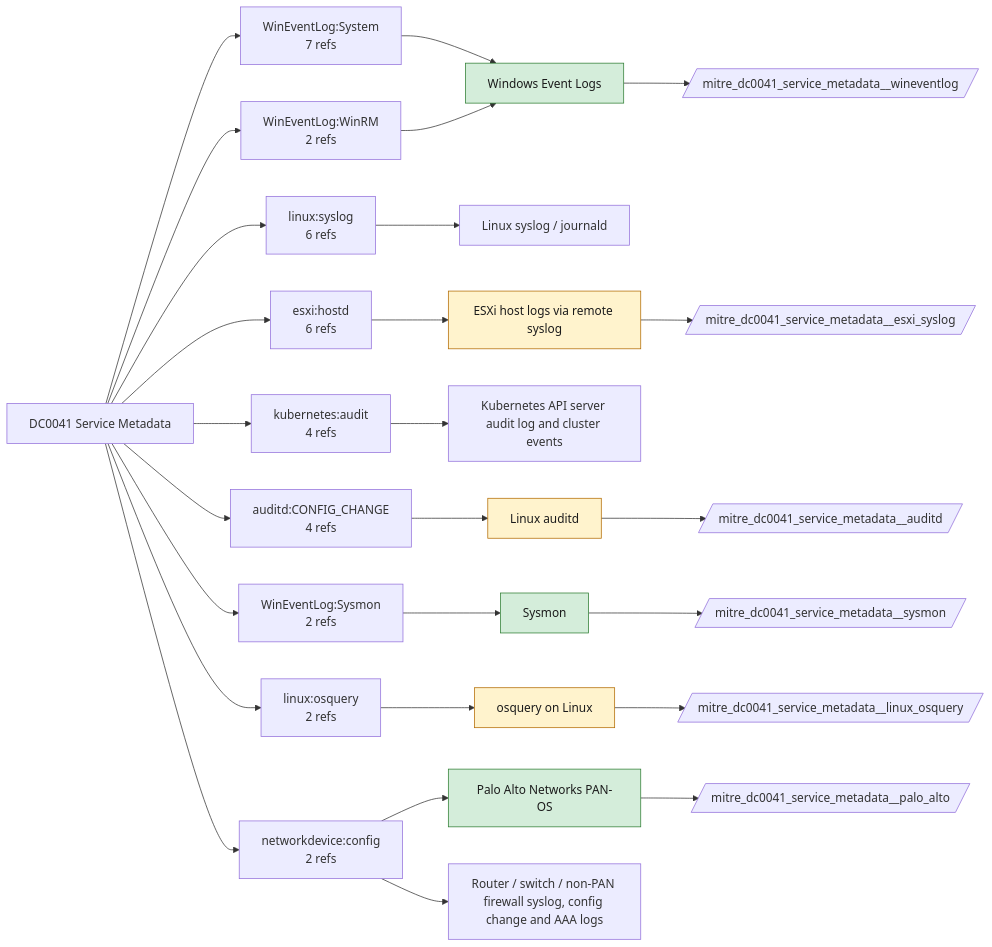
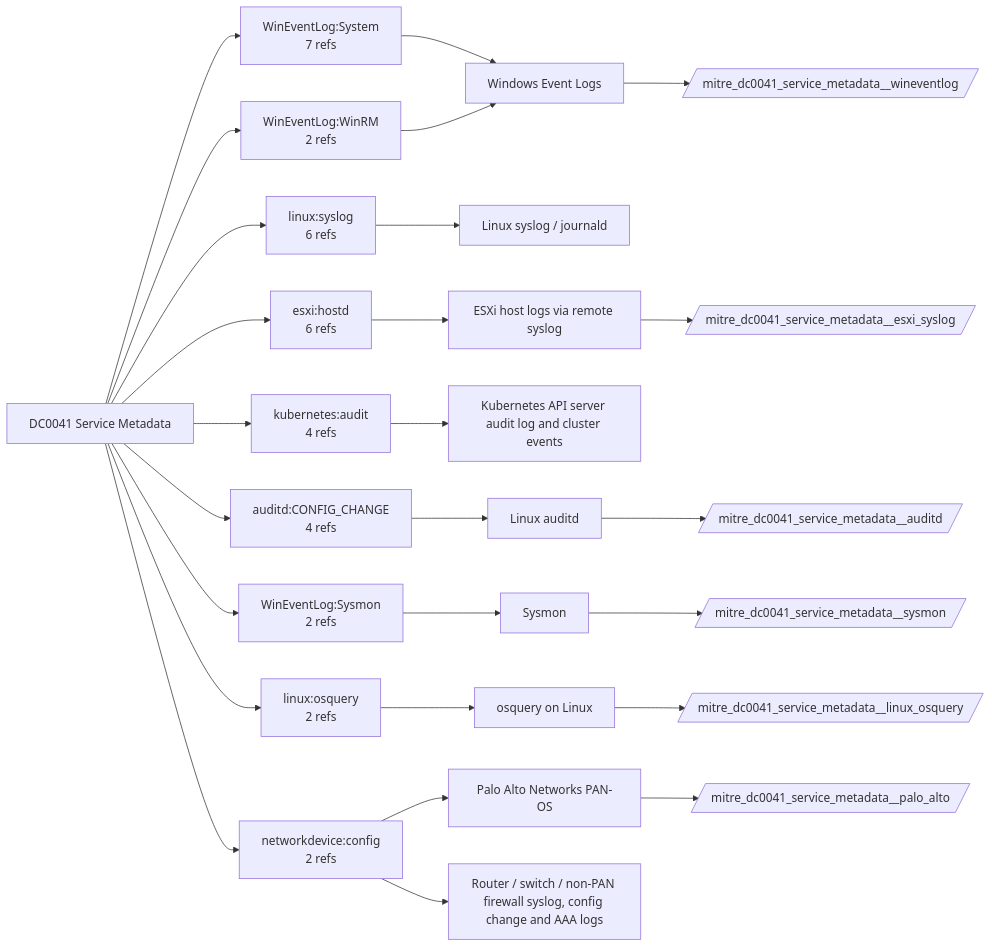
The diagram in docs/data-components/DC0041-service-metadata.md (dev-nobytes-io/mitre-defensive-mappings-spl), drawn with Mermaid before and after one commit. The commit also changed other lines of this file and 366 other files, not shown here.

````diff
--- a/docs/data-components/DC0041-service-metadata.md
+++ b/docs/data-components/DC0041-service-metadata.md
@@ -19,46 +19,38 @@
 ```mermaid
 flowchart LR
   DC["DC0041 Service Metadata"]
   DC --> LS0["WinEventLog:System<br/>7 refs"]
   F_wineventlog["Windows Event Logs"]
   LS0 --> F_wineventlog
   DC --> LS1["linux:syslog<br/>6 refs"]
   F_linux_syslog["Linux syslog / journald"]
   LS1 --> F_linux_syslog
   DC --> LS2["esxi:hostd<br/>6 refs"]
   F_esxi_syslog["ESXi host logs via remote syslog"]
   LS2 --> F_esxi_syslog
   DC --> LS3["kubernetes:audit<br/>4 refs"]
   F_kubernetes_audit["Kubernetes API server audit log and cluster events"]
   LS3 --> F_kubernetes_audit
   DC --> LS4["auditd:CONFIG_CHANGE<br/>4 refs"]
   F_auditd["Linux auditd"]
   LS4 --> F_auditd
   DC --> LS5["WinEventLog:Sysmon<br/>2 refs"]
   F_sysmon["Sysmon"]
   LS5 --> F_sysmon
   DC --> LS6["linux:osquery<br/>2 refs"]
   F_linux_osquery["osquery on Linux"]
   LS6 --> F_linux_osquery
   DC --> LS7["WinEventLog:WinRM<br/>2 refs"]
   LS7 --> F_wineventlog
   DC --> LS8["networkdevice:config<br/>2 refs"]
   F_palo_alto["Palo Alto Networks PAN-OS"]
   LS8 --> F_palo_alto
   F_netdev_syslog["Router / switch / non-PAN firewall syslog, config change and AAA logs"]
   LS8 --> F_netdev_syslog
+  F_auditd --> ET_auditd[/"mitre_dc0041_service_metadata__auditd"/]
+  F_esxi_syslog --> ET_esxi_syslog[/"mitre_dc0041_service_metadata__esxi_syslog"/]
+  F_linux_osquery --> ET_linux_osquery[/"mitre_dc0041_service_metadata__linux_osquery"/]
   F_palo_alto --> ET_palo_alto[/"mitre_dc0041_service_metadata__palo_alto"/]
-  class F_palo_alto live
   F_sysmon --> ET_sysmon[/"mitre_dc0041_service_metadata__sysmon"/]
-  class F_sysmon live
   F_wineventlog --> ET_wineventlog[/"mitre_dc0041_service_metadata__wineventlog"/]
-  class F_wineventlog live
-  F_auditd --> ET_auditd[/"mitre_dc0041_service_metadata__auditd"/]
-  class F_auditd ready
-  F_esxi_syslog --> ET_esxi_syslog[/"mitre_dc0041_service_metadata__esxi_syslog"/]
-  class F_esxi_syslog ready
-  F_linux_osquery --> ET_linux_osquery[/"mitre_dc0041_service_metadata__linux_osquery"/]
-  class F_linux_osquery ready
-  classDef live fill:#d4edda,stroke:#2e7d32,color:#1b1b1b
-  classDef ready fill:#fff3cd,stroke:#b26a00,color:#1b1b1b
 ```
````
